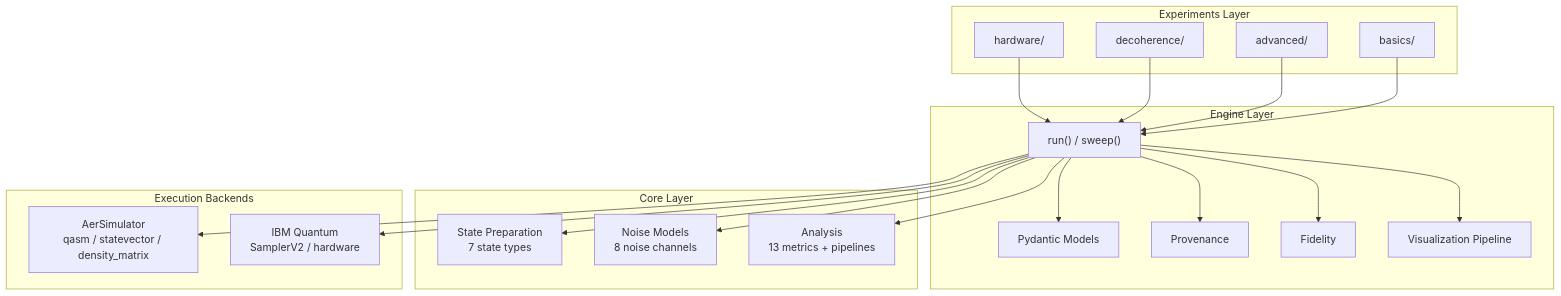
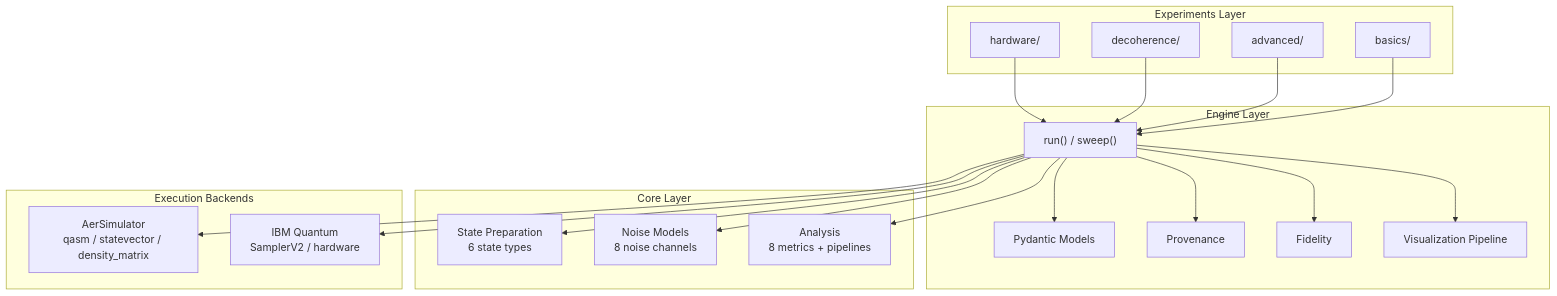
Before and after one commit to RDOToole89/qforge: the first of 2 diagrams in README.md, drawn with Mermaid.

Commit message:
docs: fix architecture diagram counts (8 metrics, 6 state types)
The README mermaid diagram said "13 metrics" and "7 state types"; the framework
has 8 structured-decoherence metrics and 6 state types (matching the prose).

````diff
--- a/README.md
+++ b/README.md
@@ -51,34 +51,34 @@
 ```mermaid
 graph TB
     subgraph "Experiments Layer"
         B1[basics/]
         B2[advanced/]
         B3[decoherence/]
         B4[hardware/]
     end
 
     subgraph "Engine Layer"
         E1["run() / sweep()"]
         E2[Pydantic Models]
         E3[Provenance]
         E4[Fidelity]
         E5[Visualization Pipeline]
     end
 
     subgraph "Core Layer"
-        C1[State Preparation<br/>7 state types]
+        C1[State Preparation<br/>6 state types]
         C2[Noise Models<br/>8 noise channels]
-        C3[Analysis<br/>13 metrics + pipelines]
+        C3[Analysis<br/>8 metrics + pipelines]
     end
 
     subgraph "Execution Backends"
         X1[AerSimulator<br/>qasm / statevector / density_matrix]
         X2[IBM Quantum<br/>SamplerV2 / hardware]
     end
 
     B1 & B2 & B3 & B4 --> E1
     E1 --> C1 & C2
     E1 --> X1 & X2
     E1 --> C3
     E1 --> E2 & E3 & E4 & E5
 ```
````
